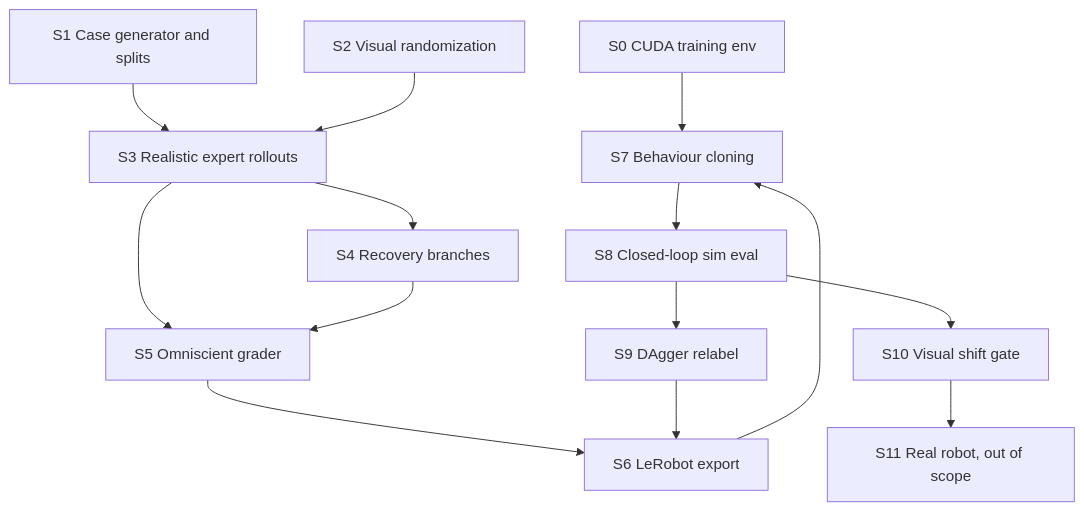
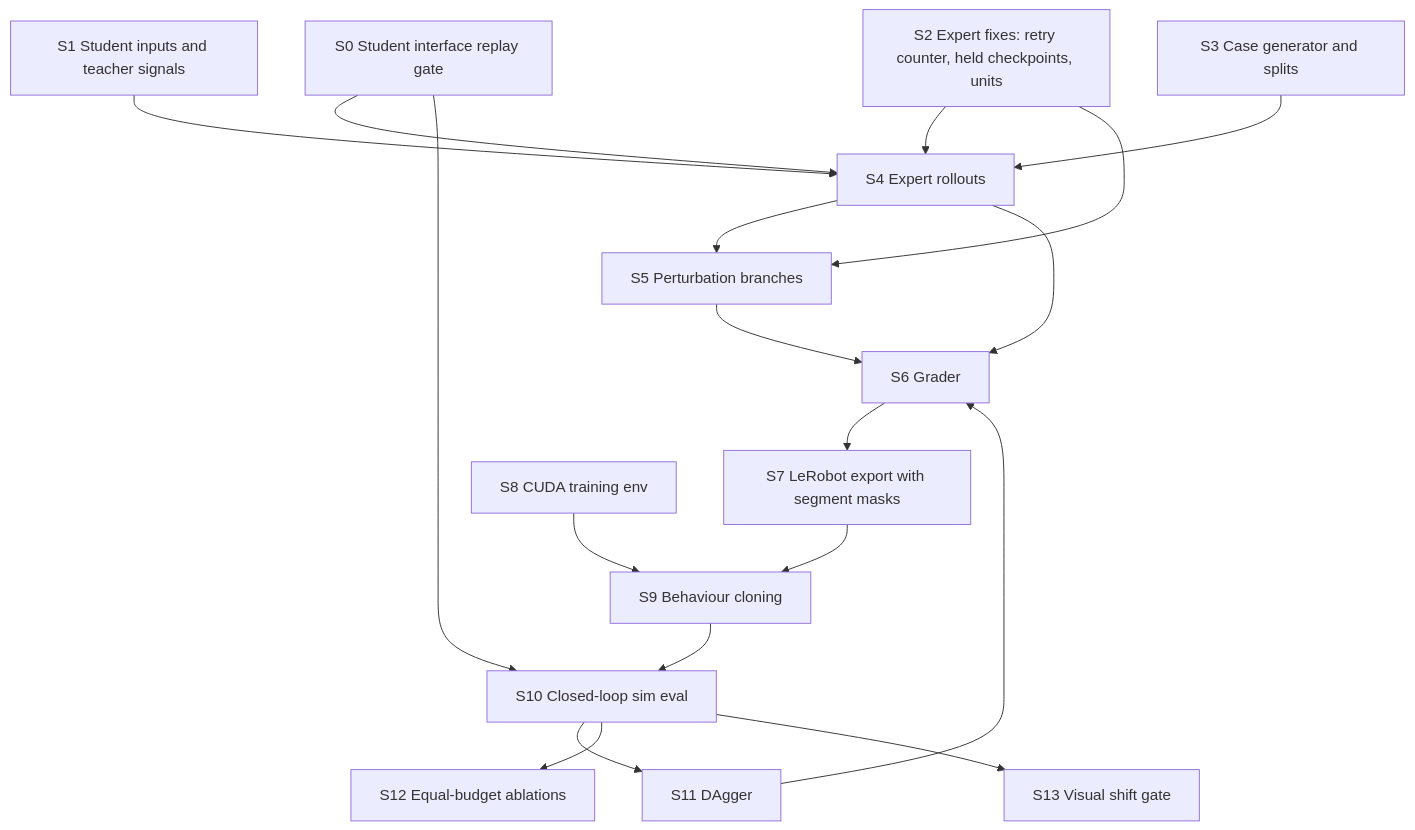
One commit to Lemonterminator/Armigo changed the diagram in docs/VLA_DISTILLATION_PLAN.md. Above: the diagram before and after it, drawn with Mermaid. The commit also changed other lines of this file, not shown here.

````diff
--- a/docs/VLA_DISTILLATION_PLAN.md
+++ b/docs/VLA_DISTILLATION_PLAN.md
@@ -111,17 +108,34 @@
 ```mermaid
 flowchart TD
-  S0[S0 CUDA training env]
-  S1[S1 Case generator and splits] --> S3
-  S2[S2 Visual randomization] --> S3
-  S3[S3 Realistic expert rollouts] --> S5
-  S4[S4 Recovery branches] --> S5
+  S0[S0 Student interface replay gate]
+  S1[S1 Student inputs and teacher signals]
+  S2[S2 Expert fixes: retry counter, held checkpoints, units]
+  S3[S3 Case generator and splits]
+  S4[S4 Expert rollouts]
+  S5[S5 Perturbation branches]
+  S6[S6 Grader]
+  S7[S7 LeRobot export with segment masks]
+  S8[S8 CUDA training env]
+  S9[S9 Behaviour cloning]
+  S10[S10 Closed-loop sim eval]
+  S11[S11 DAgger]
+  S12[S12 Equal-budget ablations]
+  S13[S13 Visual shift gate]
+  S0 --> S4
+  S1 --> S4
+  S2 --> S4
+  S2 --> S5
   S3 --> S4
-  S5[S5 Omniscient grader] --> S6
-  S6[S6 LeRobot export] --> S7
-  S0 --> S7
-  S7[S7 Behaviour cloning] --> S8
-  S8[S8 Closed-loop sim eval] --> S9
-  S9[S9 DAgger relabel] --> S6
-  S8 --> S10[S10 Visual shift gate]
-  S10 --> S11[S11 Real robot, out of scope]
+  S4 --> S5
+  S4 --> S6
+  S5 --> S6
+  S6 --> S7
+  S7 --> S9
+  S8 --> S9
+  S9 --> S10
+  S0 --> S10
+  S10 --> S11
+  S11 --> S6
+  S10 --> S12
+  S10 --> S13
 ```
````
